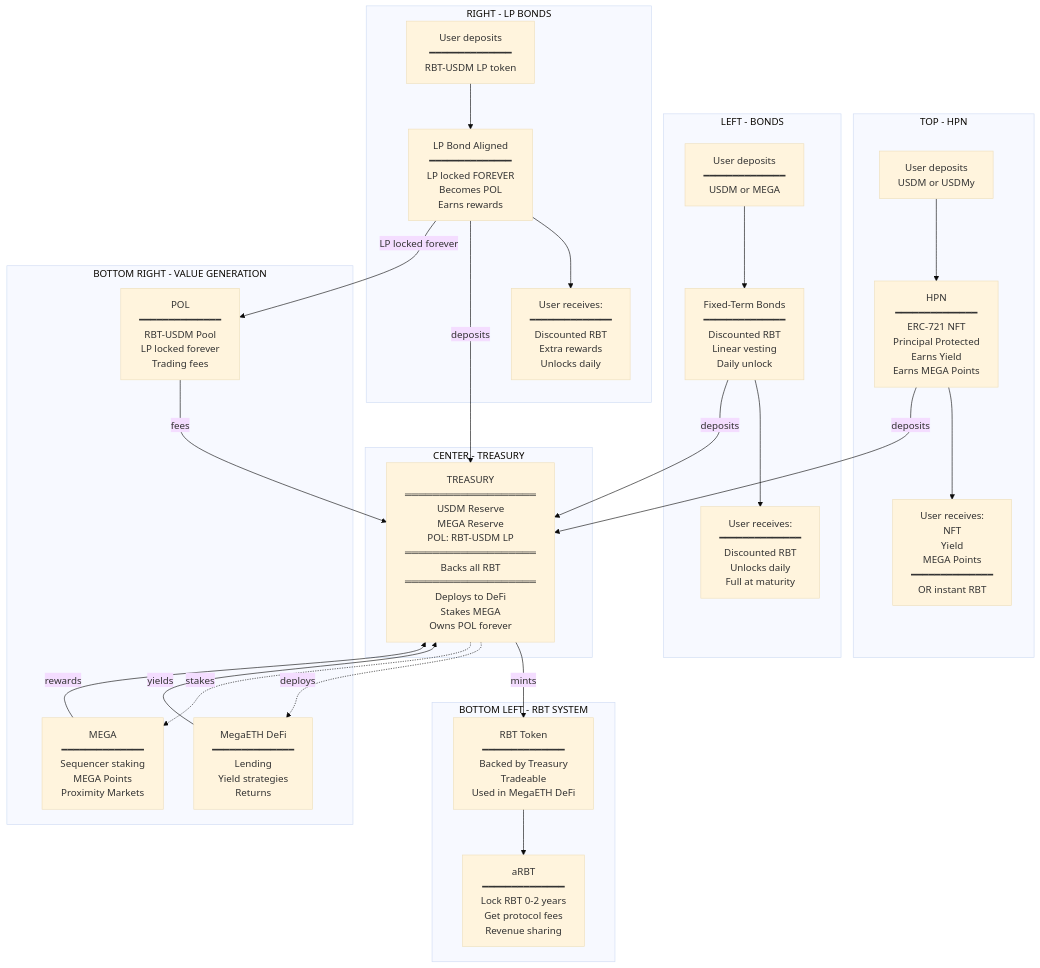
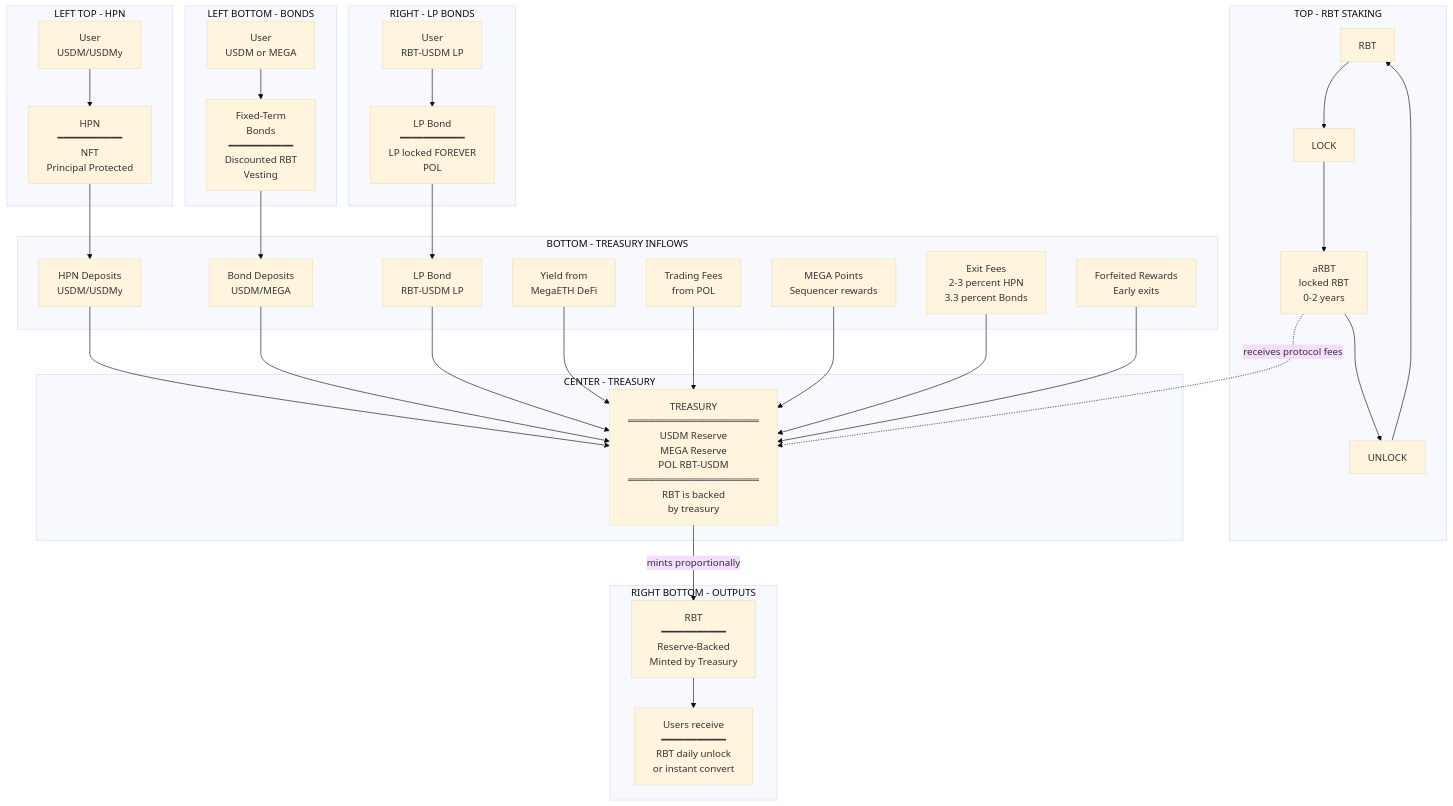
Before and after one commit to 0xJaehaerys/ohmega: the diagram in blackhaven-complete-system.md, drawn with Mermaid (base theme).

Commit message:
Add RBT/aRBT lock system at top + show all treasury income flows

````diff
--- a/blackhaven-complete-system.md
+++ b/blackhaven-complete-system.md
@@ -5,67 +5,79 @@
 ```mermaid
 graph TB
-    subgraph "TOP - HPN"
-        USER_HPN[User deposits<br/>USDM or USDMy]
-        HPN[HPN<br/>━━━━━━━━━━━━━━<br/>ERC-721 NFT<br/>Principal Protected<br/>Earns Yield<br/>Earns MEGA Points]
-        USER_HPN_OUT[User receives:<br/>NFT<br/>Yield<br/>MEGA Points<br/>━━━━━━━━━━━━━━<br/>OR instant RBT]
+    subgraph "TOP - RBT STAKING"
+        RBT_TOP[RBT]
+        LOCK_BTN[LOCK]
+        UNLOCK_BTN[UNLOCK]
+        ARBT_STAKED[aRBT<br/>locked RBT<br/>0-2 years]
+        
+        RBT_TOP --> LOCK_BTN
+        LOCK_BTN --> ARBT_STAKED
+        ARBT_STAKED --> UNLOCK_BTN
+        UNLOCK_BTN --> RBT_TOP
+    end
+    
+    subgraph "LEFT TOP - HPN"
+        USER_HPN[User<br/>USDM/USDMy]
+        HPN[HPN<br/>━━━━━━━━━━━<br/>NFT<br/>Principal Protected]
         
         USER_HPN --> HPN
-        HPN --> USER_HPN_OUT
     end
     
-    subgraph "LEFT - BONDS"
-        USER_BONDS[User deposits<br/>━━━━━━━━━━━━━━<br/>USDM or MEGA]
+    subgraph "LEFT BOTTOM - BONDS"
+        USER_BONDS[User<br/>USDM or MEGA]
         
-        BONDS[Fixed-Term Bonds<br/>━━━━━━━━━━━━━━<br/>Discounted RBT<br/>Linear vesting<br/>Daily unlock]
-        
-        USER_BONDS_OUT[User receives:<br/>━━━━━━━━━━━━━━<br/>Discounted RBT<br/>Unlocks daily<br/>Full at maturity]
+        BONDS[Fixed-Term<br/>Bonds<br/>━━━━━━━━━━━<br/>Discounted RBT<br/>Vesting]
         
         USER_BONDS --> BONDS
-        BONDS --> USER_BONDS_OUT
     end
     
     subgraph "CENTER - TREASURY"
-        TREASURY[TREASURY<br/>═══════════════════<br/>USDM Reserve<br/>MEGA Reserve<br/>POL: RBT-USDM LP<br/>═══════════════════<br/>Backs all RBT<br/>═══════════════════<br/>Deploys to DeFi<br/>Stakes MEGA<br/>Owns POL forever]
+        TREASURY[TREASURY<br/>═══════════════════<br/>USDM Reserve<br/>MEGA Reserve<br/>POL RBT-USDM<br/>═══════════════════<br/>RBT is backed<br/>by treasury]
     end
     
     subgraph "RIGHT - LP BONDS"
-        USER_LP[User deposits<br/>━━━━━━━━━━━━━━<br/>RBT-USDM LP token]
+        USER_LP[User<br/>RBT-USDM LP]
         
-        LP_BONDS[LP Bond Aligned<br/>━━━━━━━━━━━━━━<br/>LP locked FOREVER<br/>Becomes POL<br/>Earns rewards]
-        
-        USER_LP_OUT[User receives:<br/>━━━━━━━━━━━━━━<br/>Discounted RBT<br/>Extra rewards<br/>Unlocks daily]
+        LP_BONDS[LP Bond<br/>━━━━━━━━━━━<br/>LP locked FOREVER<br/>POL]
         
         USER_LP --> LP_BONDS
-        LP_BONDS --> USER_LP_OUT
     end
     
-    subgraph "BOTTOM LEFT - RBT SYSTEM"
-        RBT_CIRCLE[RBT Token<br/>━━━━━━━━━━━━━━<br/>Backed by Treasury<br/>Tradeable<br/>Used in MegaETH DeFi]
+    subgraph "BOTTOM - TREASURY INFLOWS"
+        HPN_DEPOSIT[HPN Deposits<br/>USDM/USDMy]
+        BOND_DEPOSIT[Bond Deposits<br/>USDM/MEGA]
+        LP_DEPOSIT[LP Bond<br/>RBT-USDM LP]
         
-        ARBT_CIRCLE[aRBT<br/>━━━━━━━━━━━━━━<br/>Lock RBT 0-2 years<br/>Get protocol fees<br/>Revenue sharing]
-        
-        RBT_CIRCLE --> ARBT_CIRCLE
+        YIELD_INCOME[Yield from<br/>MegaETH DeFi]
+        POL_FEES[Trading Fees<br/>from POL]
+        MEGA_REWARDS[MEGA Points<br/>Sequencer rewards]
+        EXIT_FEES[Exit Fees<br/>2-3 percent HPN<br/>3.3 percent Bonds]
+        FORFEIT[Forfeited Rewards<br/>Early exits]
     end
     
-    subgraph "BOTTOM RIGHT - VALUE GENERATION"
-        POL_GEN[POL<br/>━━━━━━━━━━━━━━<br/>RBT-USDM Pool<br/>LP locked forever<br/>Trading fees]
+    subgraph "RIGHT BOTTOM - OUTPUTS"
+        RBT_OUT[RBT<br/>━━━━━━━━━━━<br/>Reserve-Backed<br/>Minted by Treasury]
         
-        DEFI_GEN[MegaETH DeFi<br/>━━━━━━━━━━━━━━<br/>Lending<br/>Yield strategies<br/>Returns]
+        USER_GETS[Users receive<br/>━━━━━━━━━━━<br/>RBT daily unlock<br/>or instant convert]
         
-        MEGA_GEN[MEGA<br/>━━━━━━━━━━━━━━<br/>Sequencer staking<br/>MEGA Points<br/>Proximity Markets]
+        RBT_OUT --> USER_GETS
     end
     
-    HPN -->|deposits| TREASURY
-    BONDS -->|deposits| TREASURY
-    LP_BONDS -->|deposits| TREASURY
-    LP_BONDS -->|LP locked forever| POL_GEN
+    HPN --> HPN_DEPOSIT
+    BONDS --> BOND_DEPOSIT
+    LP_BONDS --> LP_DEPOSIT
     
-    TREASURY -->|mints| RBT_CIRCLE
+    HPN_DEPOSIT --> TREASURY
+    BOND_DEPOSIT --> TREASURY
+    LP_DEPOSIT --> TREASURY
     
-    POL_GEN -->|fees| TREASURY
-    DEFI_GEN -->|yields| TREASURY
-    MEGA_GEN -->|rewards| TREASURY
+    YIELD_INCOME --> TREASURY
+    POL_FEES --> TREASURY
+    MEGA_REWARDS --> TREASURY
+    EXIT_FEES --> TREASURY
+    FORFEIT --> TREASURY
     
-    TREASURY -.->|deploys| DEFI_GEN
-    TREASURY -.->|stakes| MEGA_GEN
+    TREASURY -->|mints proportionally| RBT_OUT
+    
+    ARBT_STAKED -.->|receives protocol fees| TREASURY
 ```
````
